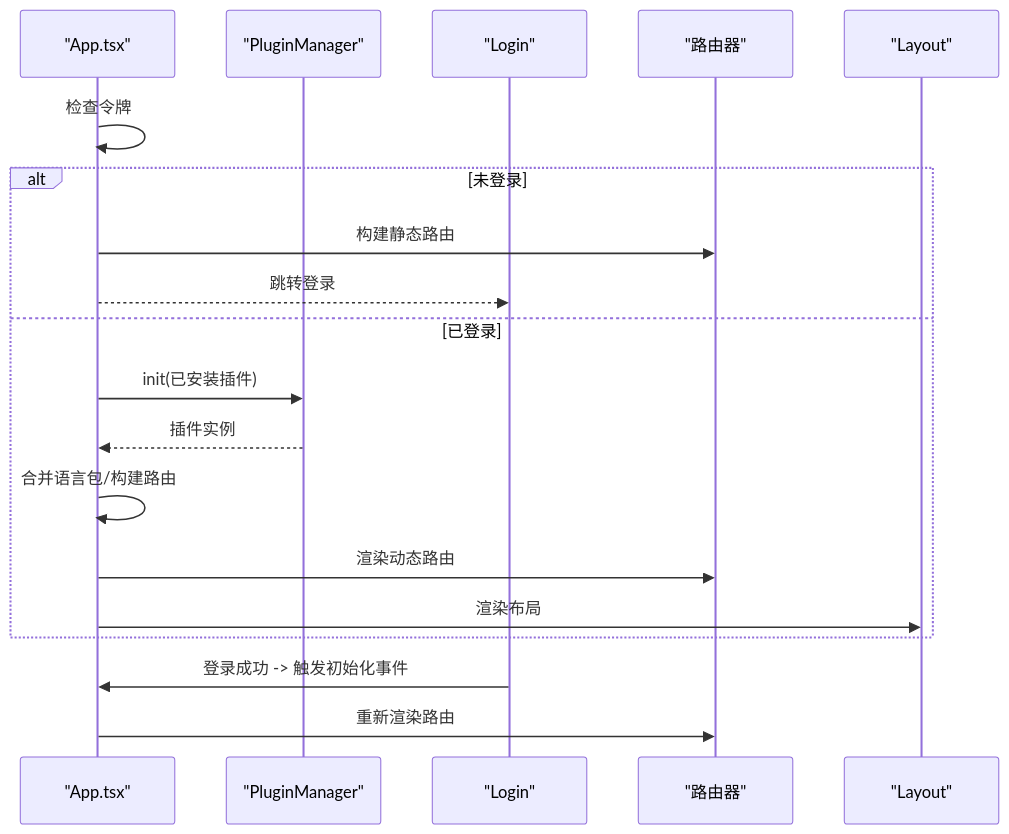
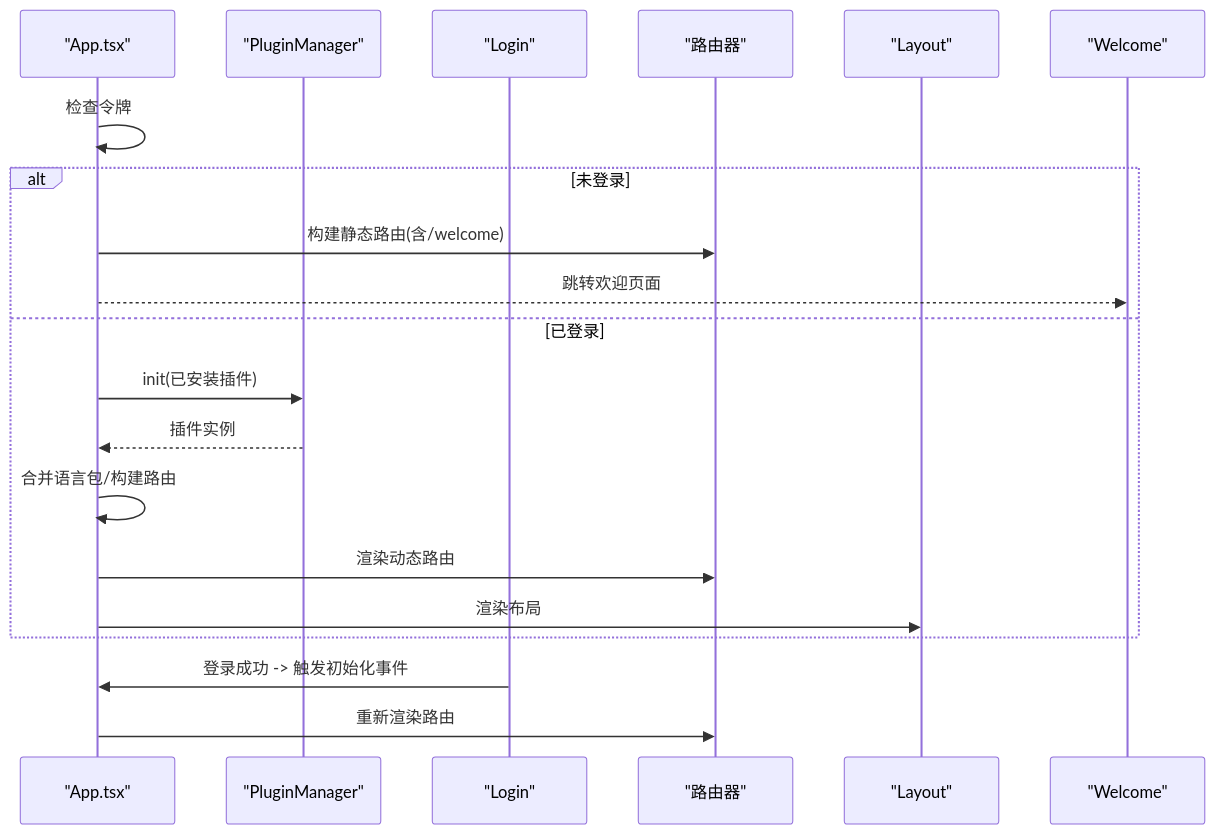
The eighth of 9 diagrams in .qoder/repowiki/zh/content/核心模块/应用主组件.md (LRF0422/Kotion), drawn with Mermaid before and after one commit. The commit also changed other lines of this file and 75 other files, not shown here.

````diff
--- a/.qoder/repowiki/zh/content/核心模块/应用主组件.md
+++ b/.qoder/repowiki/zh/content/核心模块/应用主组件.md
@@ -310,21 +361,22 @@
 ```mermaid
 sequenceDiagram
 participant App as "App.tsx"
 participant PM as "PluginManager"
 participant Auth as "Login"
 participant R as "路由器"
 participant L as "Layout"
+participant W as "Welcome"
 App->>App : 检查令牌
 alt 未登录
-App->>R : 构建静态路由
-App-->>Auth : 跳转登录
+App->>R : 构建静态路由(含/welcome)
+App-->>W : 跳转欢迎页面
 else 已登录
 App->>PM : init(已安装插件)
 PM-->>App : 插件实例
 App->>App : 合并语言包/构建路由
 App->>R : 渲染动态路由
 App->>L : 渲染布局
 end
 Auth->>App : 登录成功 -> 触发初始化事件
 App->>R : 重新渲染路由
 ```
````
